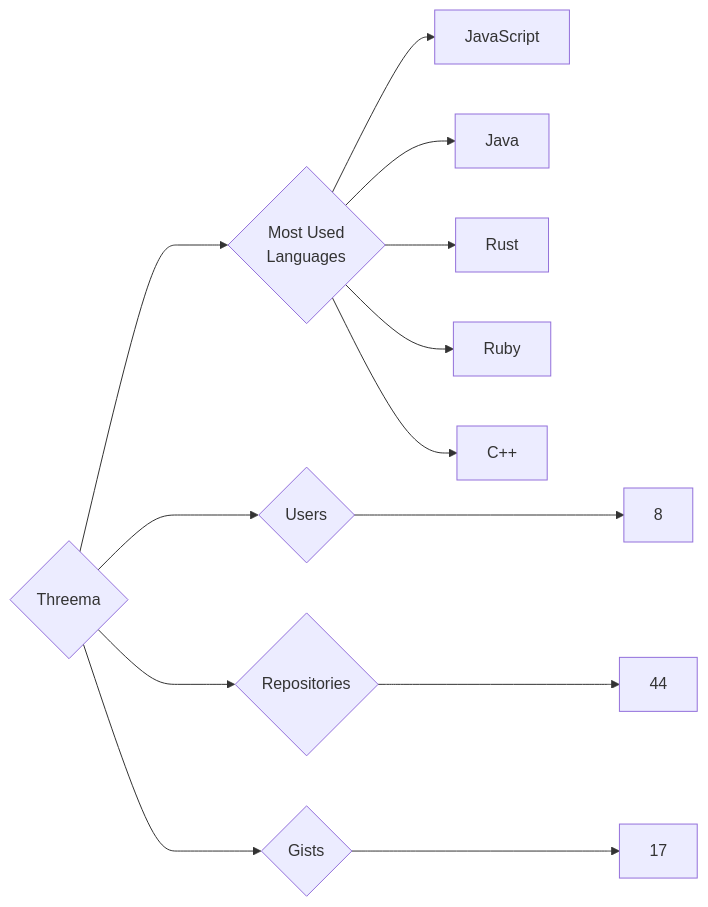
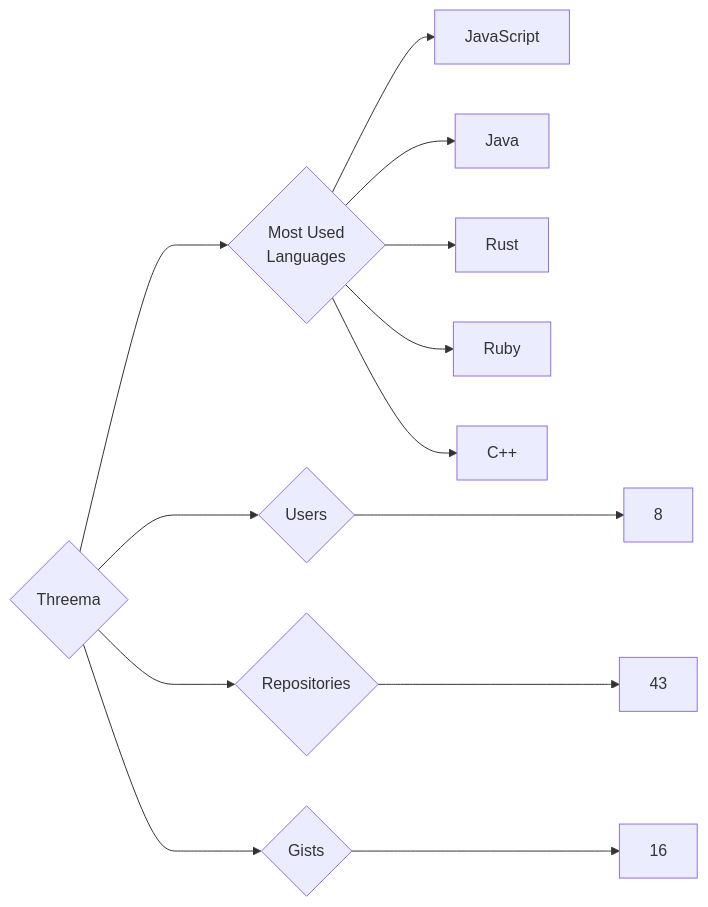
Before and after one commit to trickest/insiders: the diagram in targets/Threema/README.md, drawn with Mermaid. The commit also changed 1479 other files, not shown here.

````diff
--- a/targets/Threema/README.md
+++ b/targets/Threema/README.md
@@ -3,13 +3,13 @@
 ```mermaid
 graph LR
 COMPANY_NAME{Threema}
 COMPANY_NAME ---> U{Users} ---> UN[8]
-COMPANY_NAME ---> R{Repositories} ---> RN[44]
-COMPANY_NAME ---> G{Gists} ---> GN[17]
+COMPANY_NAME ---> R{Repositories} ---> RN[43]
+COMPANY_NAME ---> G{Gists} ---> GN[16]
 COMPANY_NAME ---> ML{Most Used<br>Languages}
 ML --> JavaScript[JavaScript]
 ML --> Java[Java]
 ML --> Rust[Rust]
 ML --> Ruby[Ruby]
 ML --> C++[C++]
 ```
````
